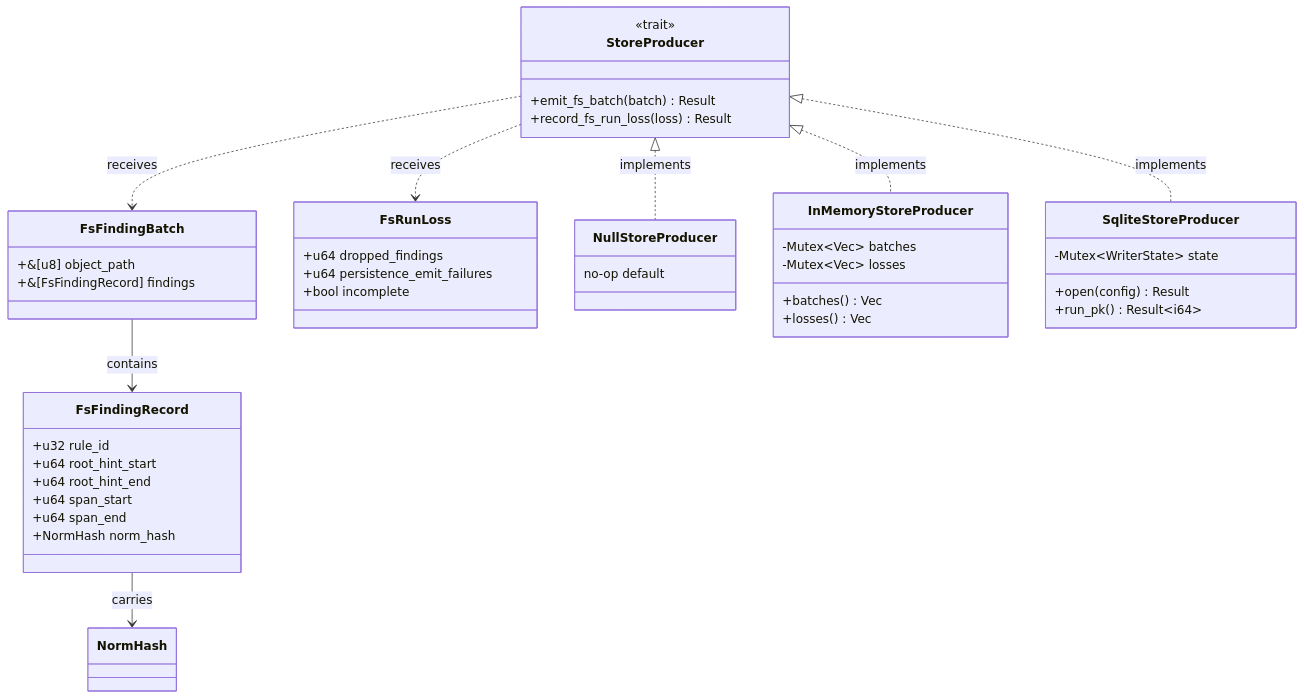
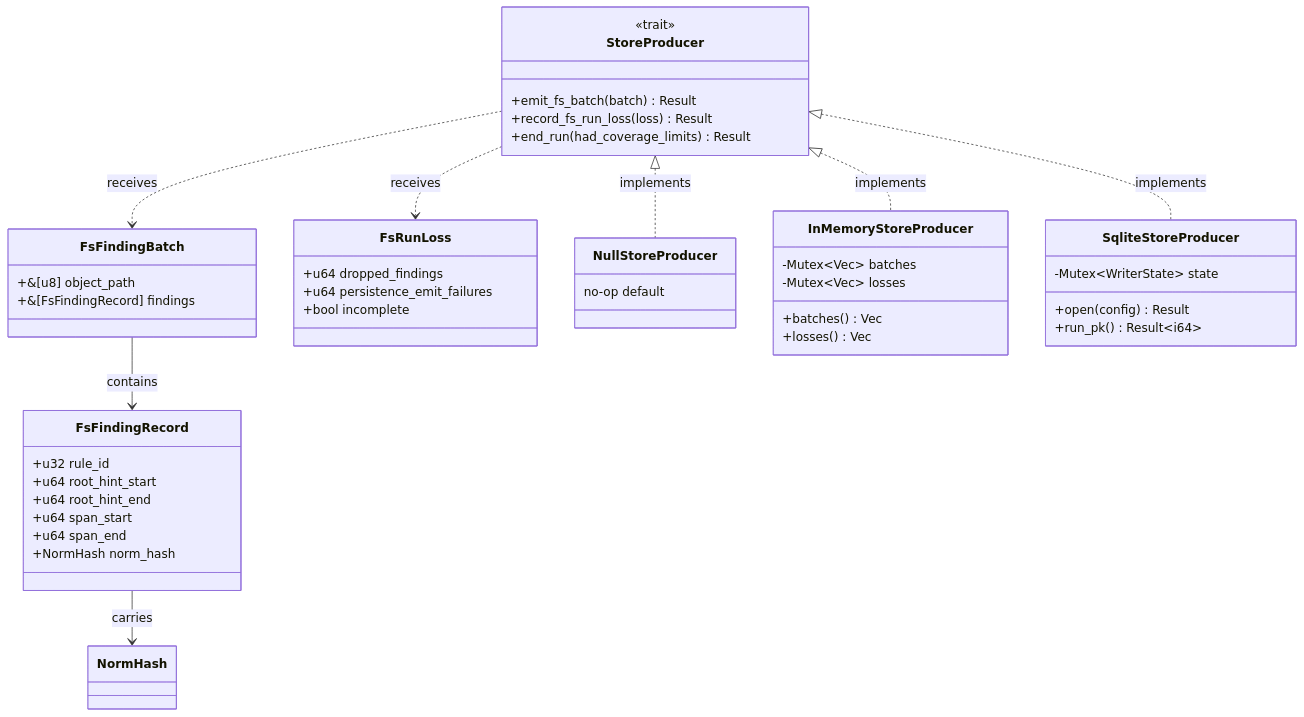
One commit to ahrav/scratch-scanner-rs changed the fifth of 6 diagrams in docs/data-types.md. Above: the diagram before and after it, drawn with Mermaid. The commit also changed other lines of this file and 19 other files, not shown here.

````diff
--- a/docs/data-types.md
+++ b/docs/data-types.md
@@ -445,55 +445,56 @@
 ```mermaid
 classDiagram
     direction TB
 
     class FsFindingRecord {
         +u32 rule_id
         +u64 root_hint_start
         +u64 root_hint_end
         +u64 span_start
         +u64 span_end
         +NormHash norm_hash
     }
 
     class FsFindingBatch {
         +&[u8] object_path
         +&[FsFindingRecord] findings
     }
 
     class FsRunLoss {
         +u64 dropped_findings
         +u64 persistence_emit_failures
         +bool incomplete
     }
 
     class StoreProducer {
         <<trait>>
         +emit_fs_batch(batch) Result
         +record_fs_run_loss(loss) Result
+        +end_run(had_coverage_limits) Result
     }
 
     class NullStoreProducer {
         no-op default
     }
 
     class InMemoryStoreProducer {
         -Mutex~Vec~ batches
         -Mutex~Vec~ losses
         +batches() Vec
         +losses() Vec
     }
 
     class SqliteStoreProducer {
         -Mutex~WriterState~ state
         +open(config) Result
         +run_pk() Result~i64~
     }
 
     FsFindingBatch --> FsFindingRecord : contains
     FsFindingRecord --> NormHash : carries
     StoreProducer <|.. NullStoreProducer : implements
     StoreProducer <|.. InMemoryStoreProducer : implements
     StoreProducer <|.. SqliteStoreProducer : implements
     StoreProducer ..> FsFindingBatch : receives
     StoreProducer ..> FsRunLoss : receives
 ```
````
